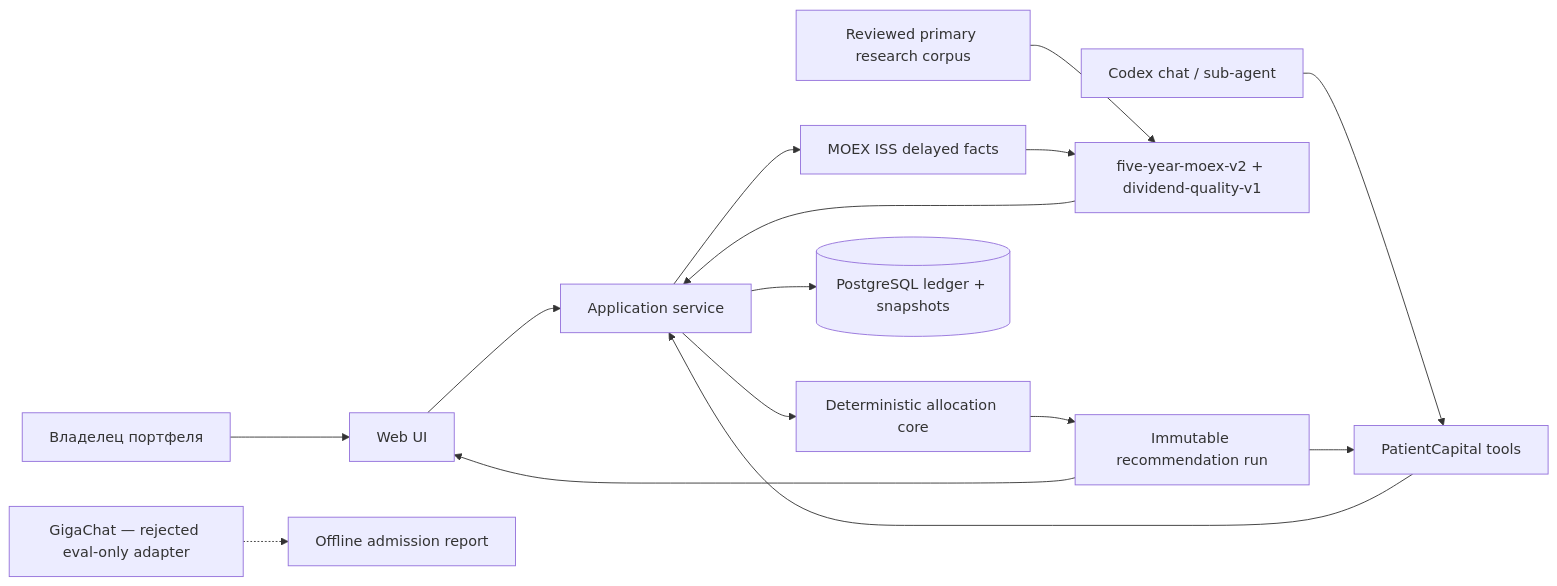
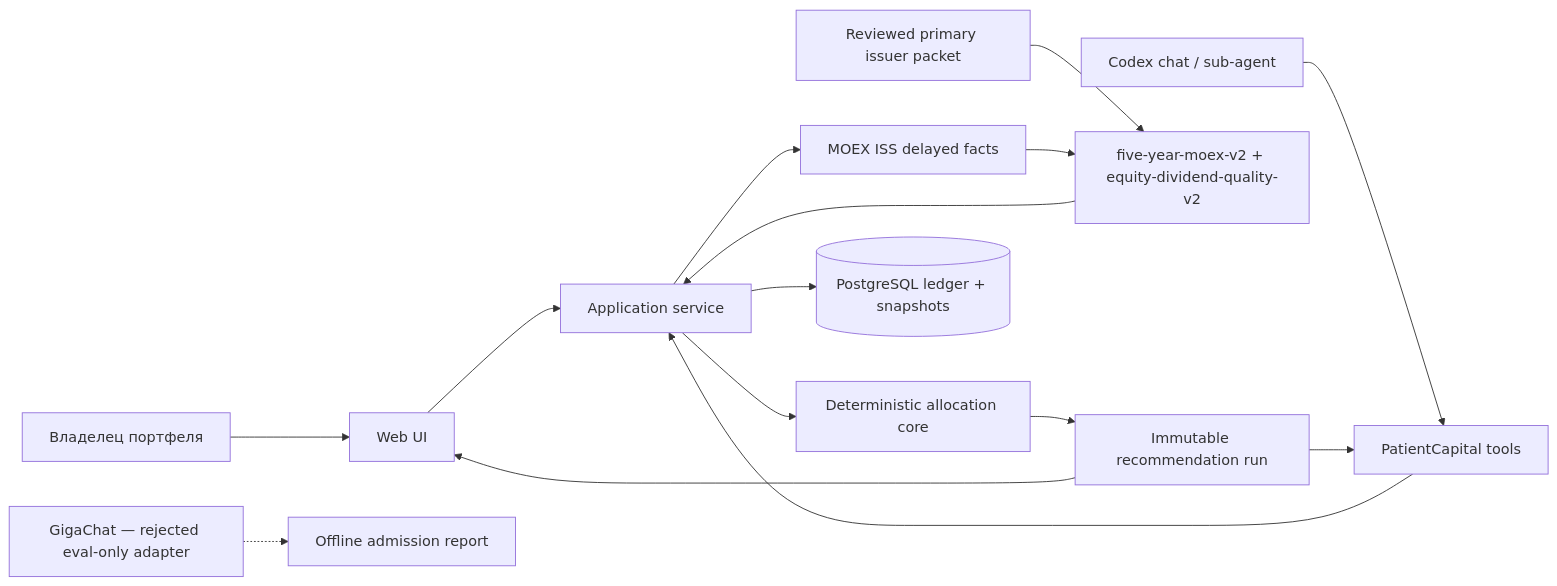
One commit to TBWTK/PatientCapital changed the first of 4 diagrams in docs/ARCHITECTURE.md. Above: the diagram before and after it, drawn with Mermaid. The commit also changed other lines of this file and 32 other files, not shown here.

````diff
--- a/docs/ARCHITECTURE.md
+++ b/docs/ARCHITECTURE.md
@@ -162,17 +162,17 @@
 ```mermaid
 flowchart LR
   User["Владелец портфеля"] --> Web["Web UI"]
   Codex["Codex chat / sub-agent"] --> Tools["PatientCapital tools"]
   Web --> App["Application service"]
   Tools --> App
   App --> MOEX["MOEX ISS delayed facts"]
-  Corpus["Reviewed primary research corpus"] --> Policy["five-year-moex-v2 + dividend-quality-v1"]
+  Corpus["Reviewed primary issuer packet"] --> Policy["five-year-moex-v2 + equity-dividend-quality-v2"]
   MOEX --> Policy
   Policy --> App
   App --> Core["Deterministic allocation core"]
   App --> DB[("PostgreSQL ledger + snapshots")]
   Core --> Run["Immutable recommendation run"]
   Run --> Web
   Run --> Tools
   Giga["GigaChat — rejected eval-only adapter"] -.-> Gate["Offline admission report"]
 ```
````
